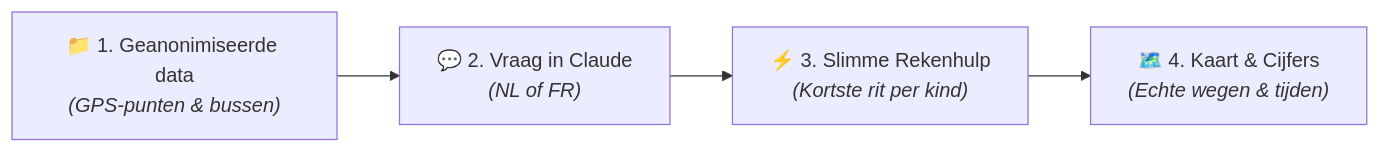
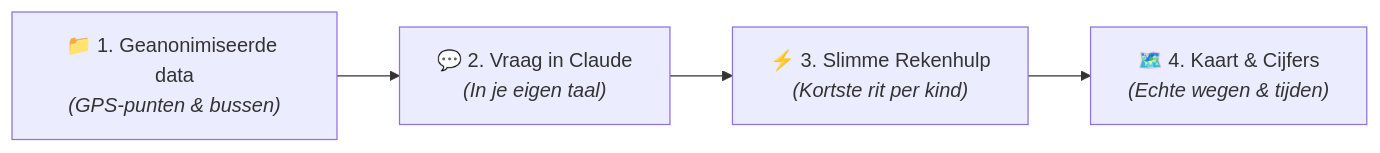
Before and after one commit to markminnoye/de-pass-routeplanning: the diagram in README.md, drawn with Mermaid. The commit also changed other lines of this file and 2 other files, not shown here.

Commit message:
Verfijn README en visuals: v0.5.0 badge, neutrale verwoording en eigen taal

````diff
--- a/README.md
+++ b/README.md
@@ -43,6 +41,6 @@
 ```mermaid
 flowchart LR
-    A["📁 1. Geanonimiseerde data<br/><i>(GPS-punten & bussen)</i>"] --> B["💬 2. Vraag in Claude<br/><i>(NL of FR)</i>"]
+    A["📁 1. Geanonimiseerde data<br/><i>(GPS-punten & bussen)</i>"] --> B["💬 2. Vraag in Claude<br/><i>(In je eigen taal)</i>"]
     B --> C["⚡ 3. Slimme Rekenhulp<br/><i>(Kortste rit per kind)</i>"]
     C --> D["🗺️ 4. Kaart & Cijfers<br/><i>(Echte wegen & tijden)</i>"]
 ```
````
